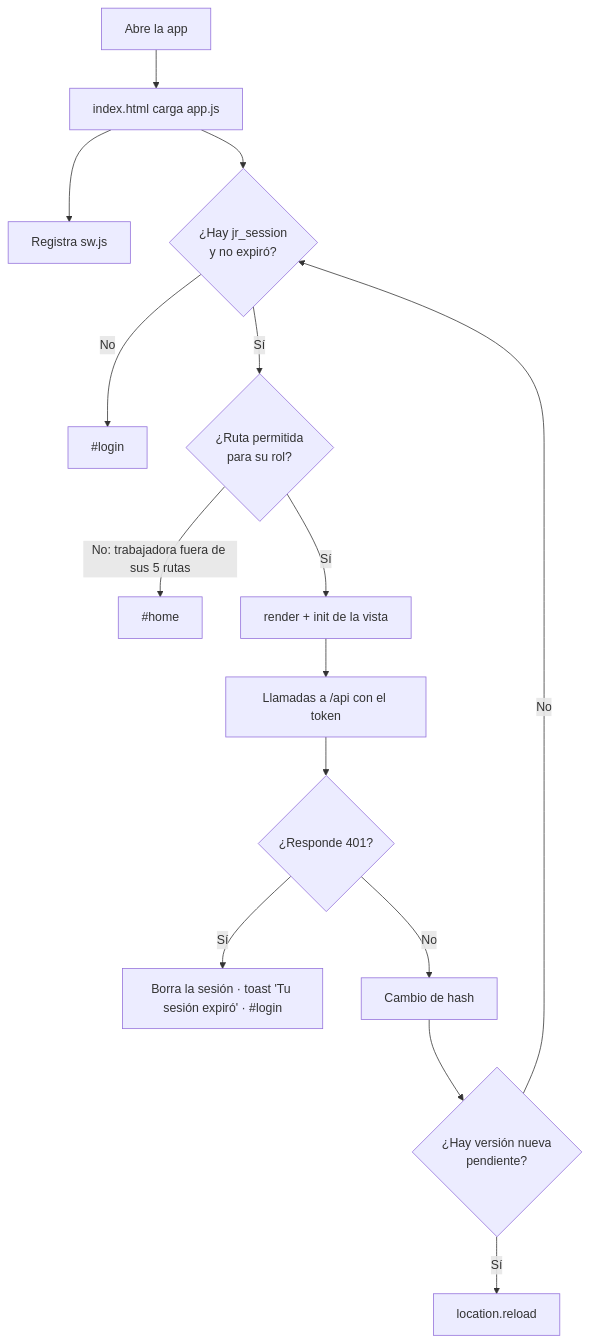
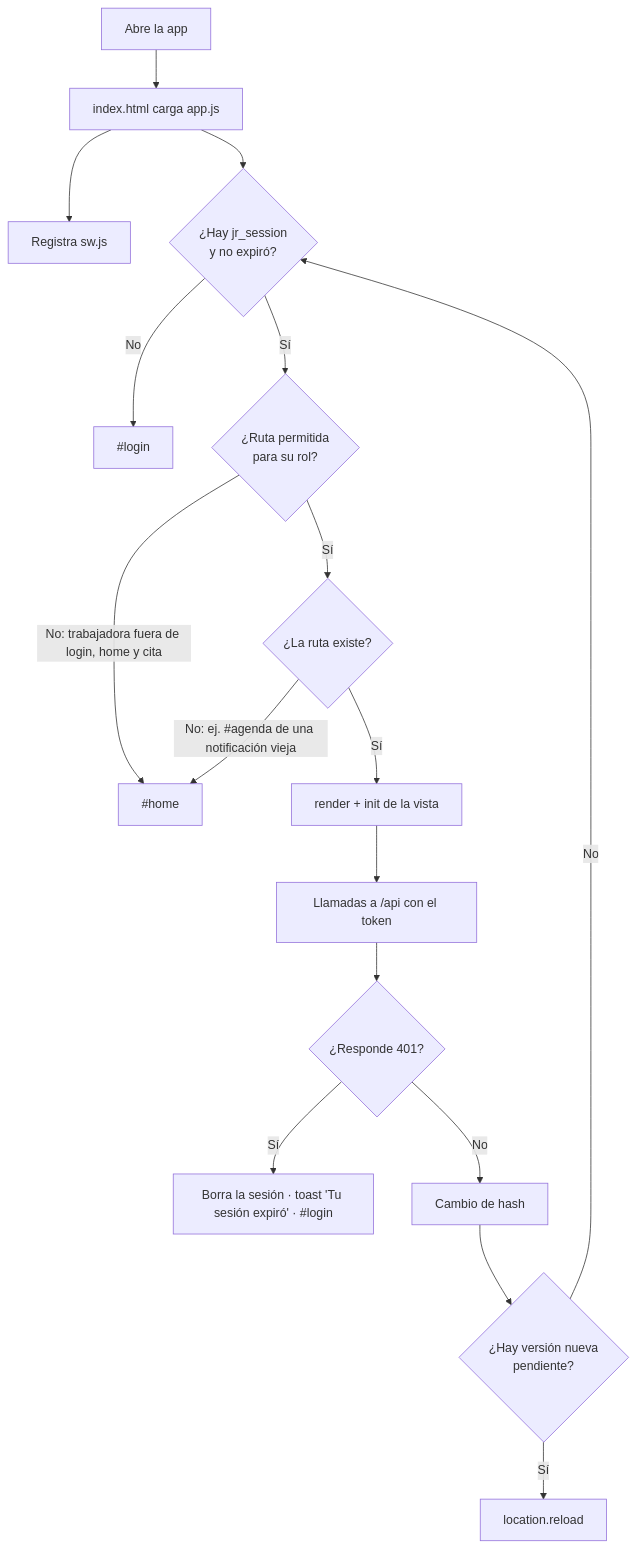
Before and after one commit to jesusangelsr12-dotcom/MarthaRdzApp: the first of 12 diagrams in docs/AppFlow.md, drawn with Mermaid. The commit also changed other lines of this file and 2 other files, not shown here.

First line of the commit message:
AppFlow: flujos y tablero de la v50 (anticipo en la cita, sin Agenda)

````diff
--- a/docs/AppFlow.md
+++ b/docs/AppFlow.md
@@ -38,17 +46,19 @@
 ```mermaid
 flowchart TD
   A[Abre la app] --> B[index.html carga app.js]
   B --> C[Registra sw.js]
   B --> D{¿Hay jr_session<br/>y no expiró?}
   D -- No --> L["#login"]
   D -- Sí --> E{¿Ruta permitida<br/>para su rol?}
-  E -->|"No: trabajadora fuera de sus 5 rutas"| H["#home"]
-  E -- Sí --> V[render + init de la vista]
+  E -->|"No: trabajadora fuera de login, home y cita"| H["#home"]
+  E -- Sí --> E2{¿La ruta existe?}
+  E2 -->|"No: ej. #agenda de una notificación vieja"| H
+  E2 -- Sí --> V[render + init de la vista]
   V --> API[Llamadas a /api con el token]
   API --> T{¿Responde 401?}
   T -- Sí --> Z["Borra la sesión · toast 'Tu sesión expiró' · #login"]
   T -- No --> X[Cambio de hash]
   X --> U{¿Hay versión nueva<br/>pendiente?}
   U -- Sí --> R[location.reload]
   U -- No --> D
 ```
````
